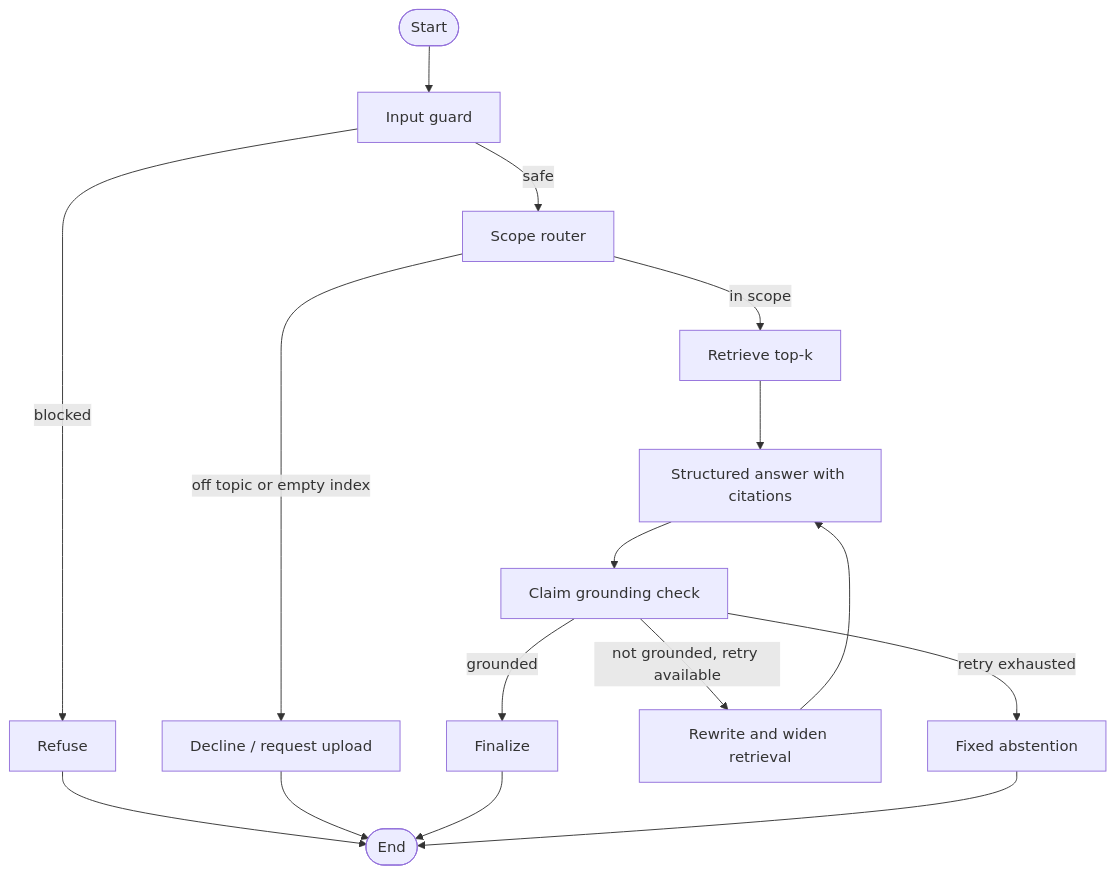
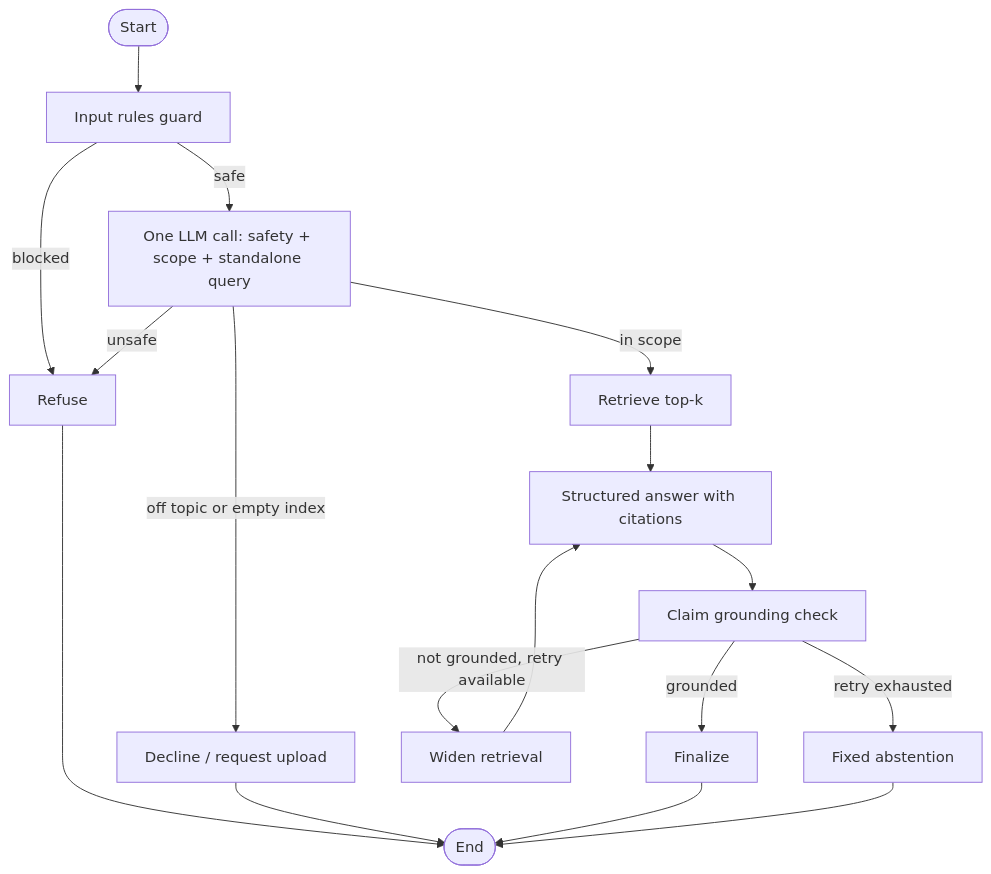
The diagram in README.md (akhil17314/QA_Assistant), drawn with Mermaid before and after one commit. The commit also changed other lines of this file and 15 other files, not shown here.

````diff
--- a/README.md
+++ b/README.md
@@ -16,18 +16,19 @@
 ```mermaid
 flowchart TD
-	START([Start]) --> IG[Input guard]
+	START([Start]) --> IG[Input rules guard]
 	IG -->|blocked| REF[Refuse]
-	IG -->|safe| RT[Scope router]
+	IG -->|safe| RT[One LLM call: safety + scope + standalone query]
+	RT -->|unsafe| REF
 	REF --> END([End])
 	RT -->|off topic or empty index| DEC[Decline / request upload]
 	RT -->|in scope| RET[Retrieve top-k]
 	RET --> ANS[Structured answer with citations]
 	ANS --> GC[Claim grounding check]
 	GC -->|grounded| FIN[Finalize]
-	GC -->|not grounded, retry available| WR[Rewrite and widen retrieval]
+	GC -->|not grounded, retry available| WR[Widen retrieval]
 	WR --> ANS
 	GC -->|retry exhausted| FB[Fixed abstention]
 	DEC --> END
 	FIN --> END
 	FB --> END
 ```
````
